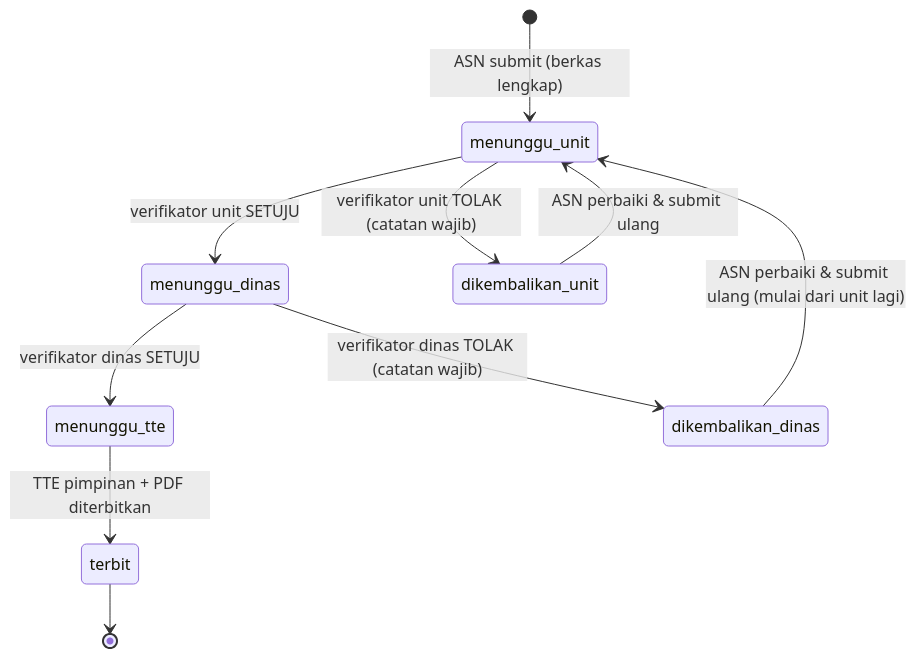
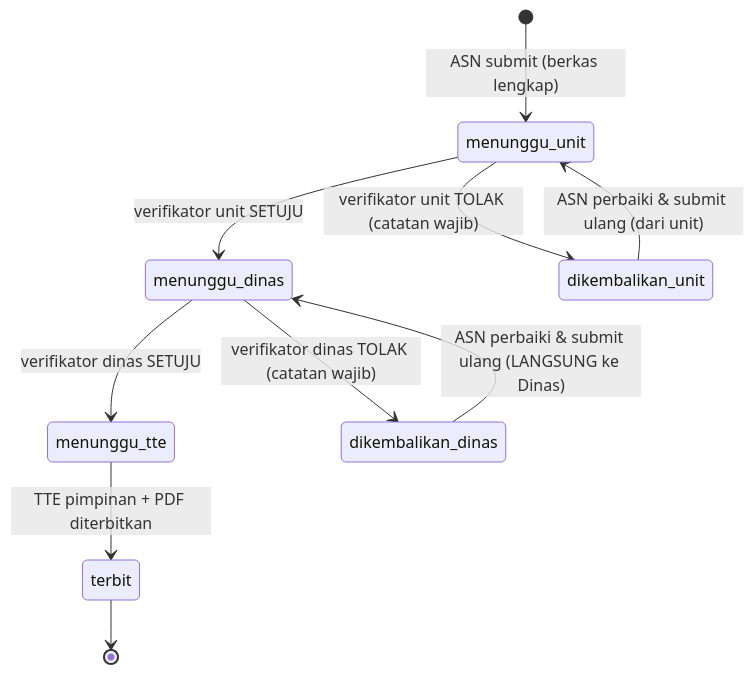
One commit to chamdaniluk/kgb changed the second of 2 diagrams in docs/02-DATABASE-ERD/ERD.md. Above: the diagram before and after it, drawn with Mermaid. The commit also changed other lines of this file and 3 other files, not shown here.

First line of the commit message:
docs: PRD v1.3 + ERD v0.4 — submit ulang, nomor template, tabel skala gaji

````diff
--- a/docs/02-DATABASE-ERD/ERD.md
+++ b/docs/02-DATABASE-ERD/ERD.md
@@ -122,12 +136,12 @@
 ```mermaid
 stateDiagram-v2
     [*] --> menunggu_unit : ASN submit (berkas lengkap)
     menunggu_unit --> menunggu_dinas : verifikator unit SETUJU
     menunggu_unit --> dikembalikan_unit : verifikator unit TOLAK (catatan wajib)
     menunggu_dinas --> menunggu_tte : verifikator dinas SETUJU
     menunggu_dinas --> dikembalikan_dinas : verifikator dinas TOLAK (catatan wajib)
-    dikembalikan_unit --> menunggu_unit : ASN perbaiki & submit ulang
-    dikembalikan_dinas --> menunggu_unit : ASN perbaiki & submit ulang (mulai dari unit lagi)
+    dikembalikan_unit --> menunggu_unit : ASN perbaiki & submit ulang (dari unit)
+    dikembalikan_dinas --> menunggu_dinas : ASN perbaiki & submit ulang (LANGSUNG ke Dinas)
     menunggu_tte --> terbit : TTE pimpinan + PDF diterbitkan
     terbit --> [*]
 ```
````
